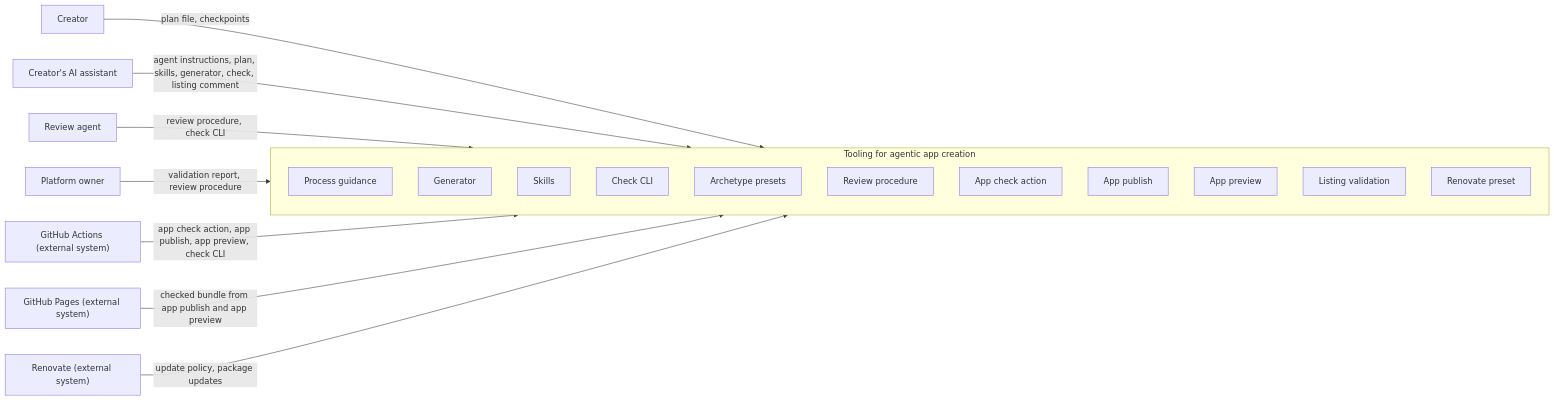
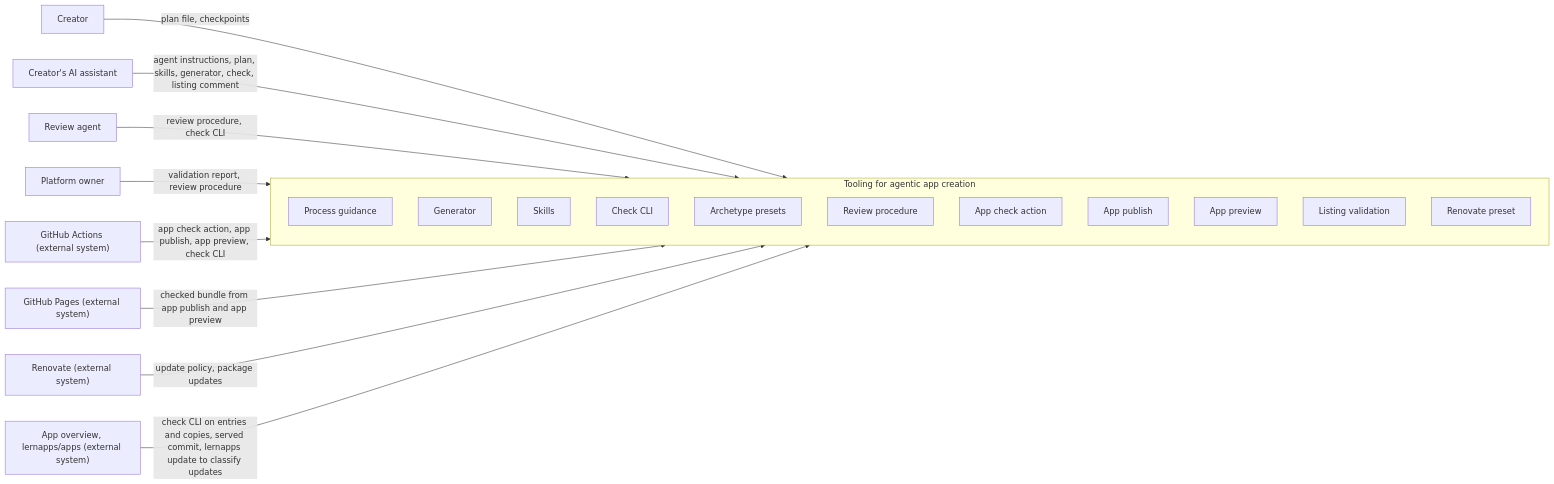
One commit to lernapps/tooling changed the diagram in docs/arc42/03-system-context.arc42.md. Above: the diagram before and after it, drawn with Mermaid. The commit also changed other lines of this file and 7 other files, not shown here.

First line of the commit message:
docs: the app overview as an external system; how a new version reaches the copy

````diff
--- a/docs/arc42/03-system-context.arc42.md
+++ b/docs/arc42/03-system-context.arc42.md
@@ -29,30 +33,32 @@
 ```mermaid
 flowchart LR
     actor-creator["Creator"]
     actor-assistant["Creator's AI assistant"]
     actor-owner["Platform owner"]
     actor-review-agent["Review agent"]
     actor-github-actions["GitHub Actions (external system)"]
     actor-github-pages["GitHub Pages (external system)"]
     actor-renovate["Renovate (external system)"]
+    actor-app-overview["App overview, lernapps/apps (external system)"]
     subgraph tooling["Tooling for agentic app creation"]
         bb-process-guidance["Process guidance"]
         bb-generator["Generator"]
         bb-skills["Skills"]
         bb-check-cli["Check CLI"]
         bb-archetypes["Archetype presets"]
         bb-review-procedure["Review procedure"]
         bb-app-check-action["App check action"]
         bb-app-publish["App publish"]
         bb-app-preview["App preview"]
         bb-listing-validation["Listing validation"]
         bb-renovate-preset["Renovate preset"]
     end
     actor-creator -->|"plan file, checkpoints"| tooling
     actor-assistant -->|"agent instructions, plan, skills, generator, check, listing comment"| tooling
     actor-review-agent -->|"review procedure, check CLI"| tooling
     actor-owner -->|"validation report, review procedure"| tooling
     actor-github-actions -->|"app check action, app publish, app preview, check CLI"| tooling
     actor-github-pages -->|"checked bundle from app publish and app preview"| tooling
     actor-renovate -->|"update policy, package updates"| tooling
+    actor-app-overview -->|"check CLI on entries and copies, served commit, lernapps update to classify updates"| tooling
 ```
````
